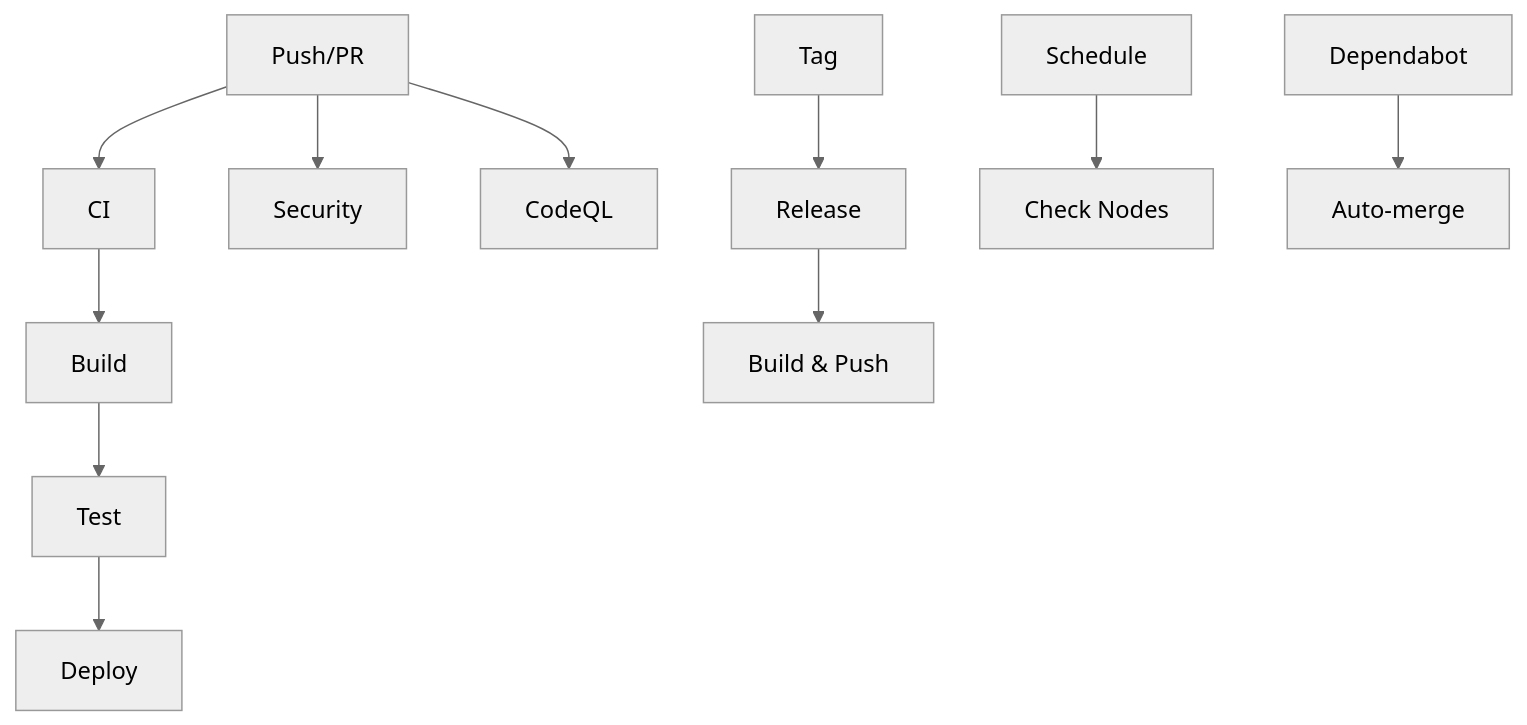
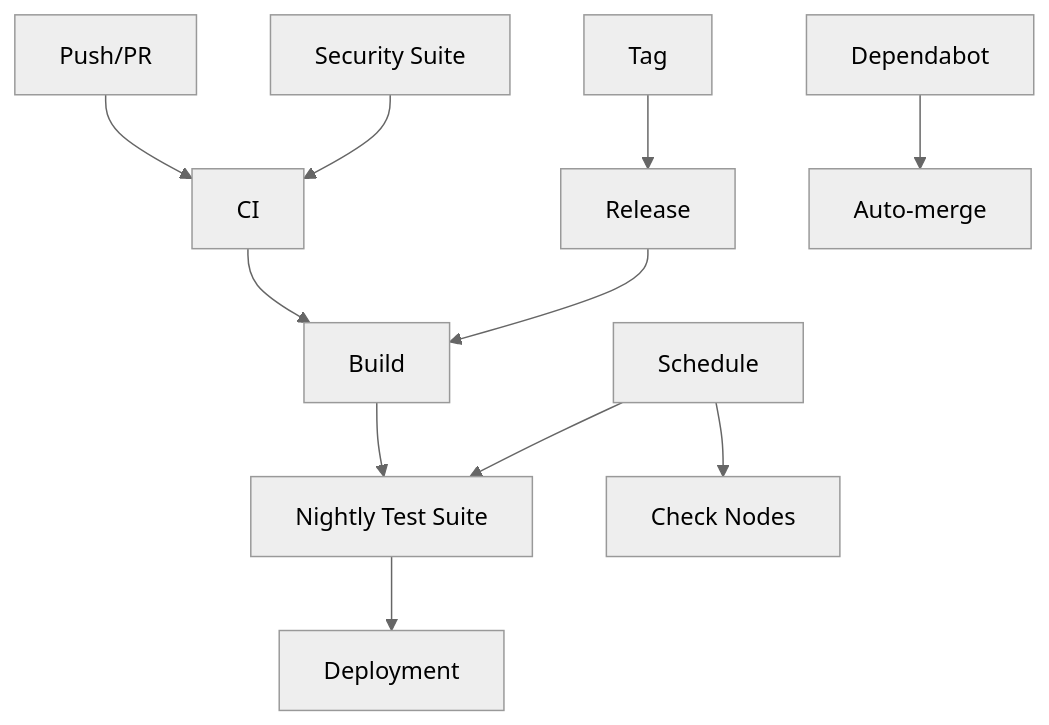
One commit to dmrl789/IPPAN changed the diagram in .github/CI_CD_GUIDE.md. Above: the diagram before and after it, drawn with Mermaid (neutral theme). The commit also changed other lines of this file and 32 other files, not shown here.

````diff
--- a/.github/CI_CD_GUIDE.md
+++ b/.github/CI_CD_GUIDE.md
@@ -85,13 +88,13 @@
 ```mermaid
 graph TD
     A[Push/PR] --> B[CI]
-    A --> C[Security]
-    A --> D[CodeQL]
-    B --> E[Build]
-    E --> F[Test]
-    F --> G[Deploy]
-    H[Tag] --> I[Release]
-    I --> J[Build & Push]
-    K[Schedule] --> L[Check Nodes]
-    M[Dependabot] --> N[Auto-merge]
+    B --> C[Build]
+    C --> D[Nightly Test Suite]
+    D --> E[Deployment]
+    F[Security Suite] --> B
+    G[Schedule] --> D
+    G --> H[Check Nodes]
+    I[Tag] --> J[Release]
+    J --> C
+    K[Dependabot] --> L[Auto-merge]
 ```
````
